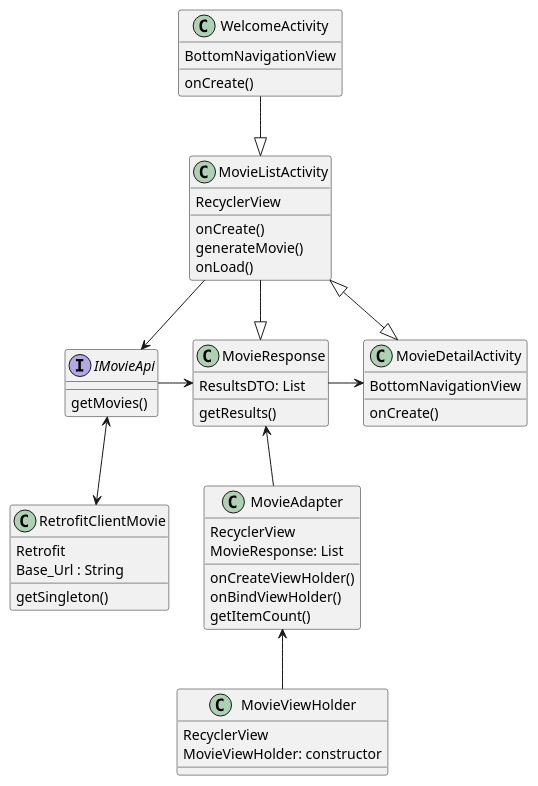
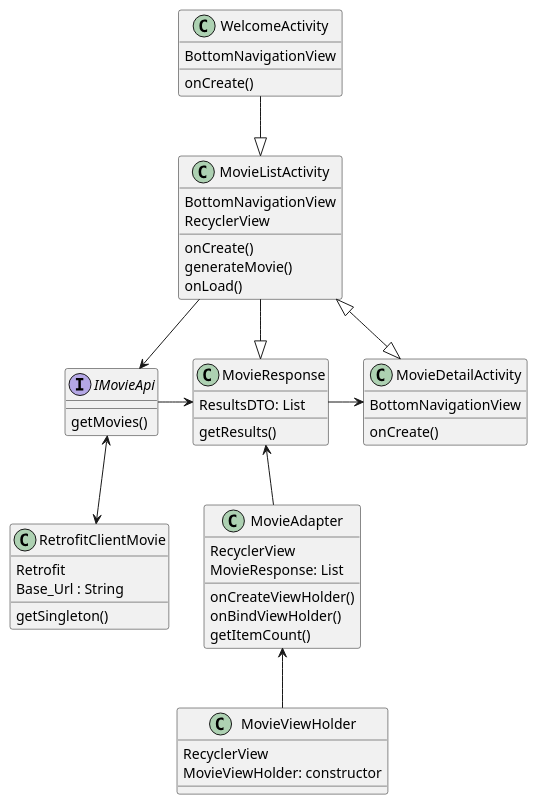
One commit to Clem-Fauchet/mobile-movie-database changed the diagram in app/DiagramUml.puml. Above: the diagram before and after it, drawn with PlantUML. The commit also changed 1 other file, not shown here.

Commit message:
Modif diagramm

```diff
--- a/app/DiagramUml.puml
+++ b/app/DiagramUml.puml
@@ -1,62 +1,63 @@
 @startuml
 'https://plantuml.com/class-diagram
 
 interface IMovieApi
 
 WelcomeActivity --|> MovieListActivity
 MovieListActivity --> IMovieApi
 MovieListActivity --|> MovieResponse
 IMovieApi -> MovieResponse
 MovieResponse -> MovieDetailActivity
 MovieResponse <-- MovieAdapter
 MovieAdapter <-- MovieViewHolder
 
 IMovieApi <--> RetrofitClientMovie
 MovieListActivity <|--|> MovieDetailActivity
 
 interface IMovieApi {
 getMovies()
 }
 
 class RetrofitClientMovie {
 Retrofit
 Base_Url : String
 getSingleton()
 }
 
 class WelcomeActivity {
 BottomNavigationView
 onCreate()
 }
 
 class MovieDetailActivity {
 BottomNavigationView
 onCreate()
 }
 
 class MovieResponse {
 ResultsDTO: List
 getResults()
 }
 
 class MovieAdapter {
 RecyclerView
 MovieResponse: List
 onCreateViewHolder()
 onBindViewHolder()
 getItemCount()
 }
 
 class MovieViewHolder {
 RecyclerView
 MovieViewHolder: constructor
 }
 
 class MovieListActivity {
+BottomNavigationView
 RecyclerView
 onCreate()
 generateMovie()
 onLoad()
 }
 
 @enduml
```
